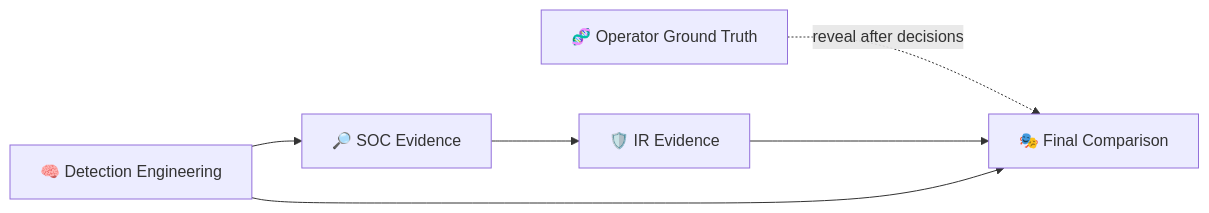
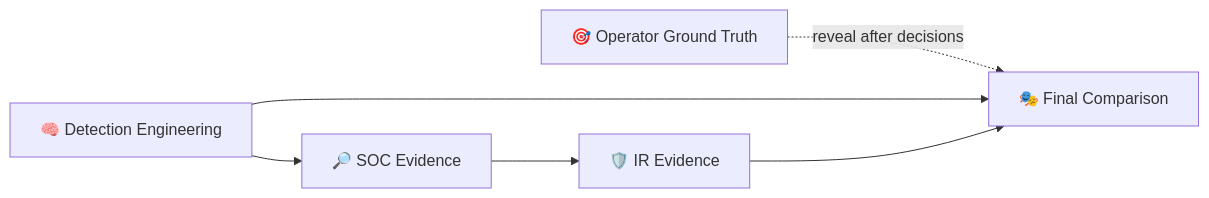
One commit to DNSentinel-Lab/Scenario-04-DNS-Tunneling changed the diagram in evidence/README.md. Above: the diagram before and after it, drawn with Mermaid. The commit also changed other lines of this file and 1 other file, not shown here.

Commit message:
docs(evidence): streamline the proof trail

````diff
--- a/evidence/README.md
+++ b/evidence/README.md
@@ -16,8 +23,8 @@
 ```mermaid
 flowchart LR
-    ENG["🧠 Detection Engineering"] --> SOC["🔎 SOC Evidence"]
-    OP["🧬 Operator Ground Truth"] -. reveal after decisions .-> CMP["🎭 Final Comparison"]
-    SOC --> IR["🛡️ IR Evidence"]
-    IR --> CMP
-    ENG --> CMP
+    A["🧠 Detection Engineering"] --> C["🔎 SOC Evidence"]
+    B["🎯 Operator Ground Truth"] -. "reveal after decisions" .-> E["🎭 Final Comparison"]
+    C --> D["🛡️ IR Evidence"]
+    A --> E
+    D --> E
 ```
````
